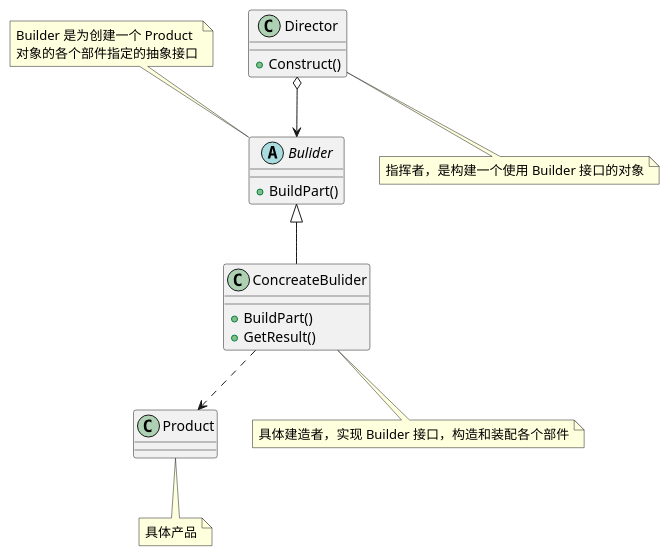
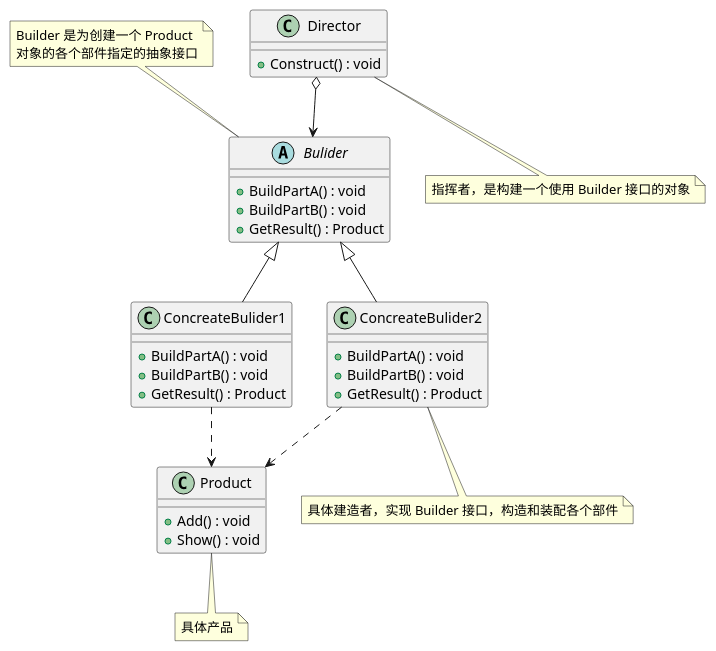
The diagram in docs/design_pattern/13.Bulider.md (zzyAJohn/ajohn.top), drawn with PlantUML before and after one commit. The commit also changed other lines of this file, not shown here.

```diff
--- a/docs/design_pattern/13.Bulider.md
+++ b/docs/design_pattern/13.Bulider.md
@@ -12,43 +14,56 @@
 @startuml
 
 
 together {
     class Director {
-        +Construct()
+        +Construct() : void
     }
 
     abstract class Bulider {
 
-        +BuildPart()
+        +BuildPartA() : void
+        +BuildPartB() : void
+        +GetResult() : Product
     }
 }
 
 
-class ConcreateBulider {
+class ConcreateBulider1 {
 
-  +BuildPart()
-  +GetResult()
+  +BuildPartA() : void
+  +BuildPartB() : void
+  +GetResult() : Product
+}
+
+class ConcreateBulider2 {
+
+  +BuildPartA() : void
+  +BuildPartB() : void
+  +GetResult() : Product
 }
 
 class Product {
-
+    +Add() : void
+    +Show() : void
 }
 
 note top of Bulider : Builder 是为创建一个 Product \n对象的各个部件指定的抽象接口
 
 
 note "具体产品" as N1
 note "具体建造者，实现 Builder 接口，构造和装配各个部件" as N2
 note "指挥者，是构建一个使用 Builder 接口的对象" as N3
 
 Product .. N1
-ConcreateBulider .. N2
+ConcreateBulider2 .. N2
 Director .. N3
 
 
 Director o--> Bulider
-Bulider <|-- ConcreateBulider
-ConcreateBulider ..> Product
+Bulider <|-- ConcreateBulider1
+Bulider <|-- ConcreateBulider2
+ConcreateBulider1 ..> Product
+ConcreateBulider2 ..> Product
 
 
 @enduml
```
